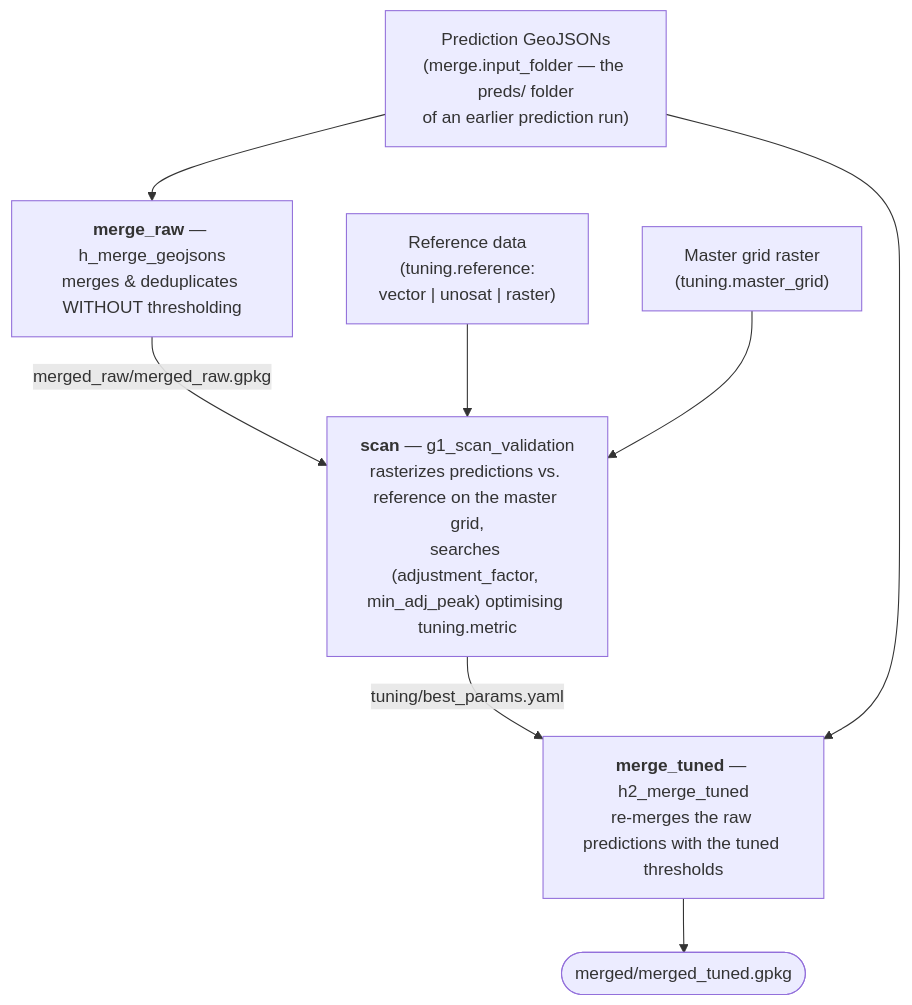
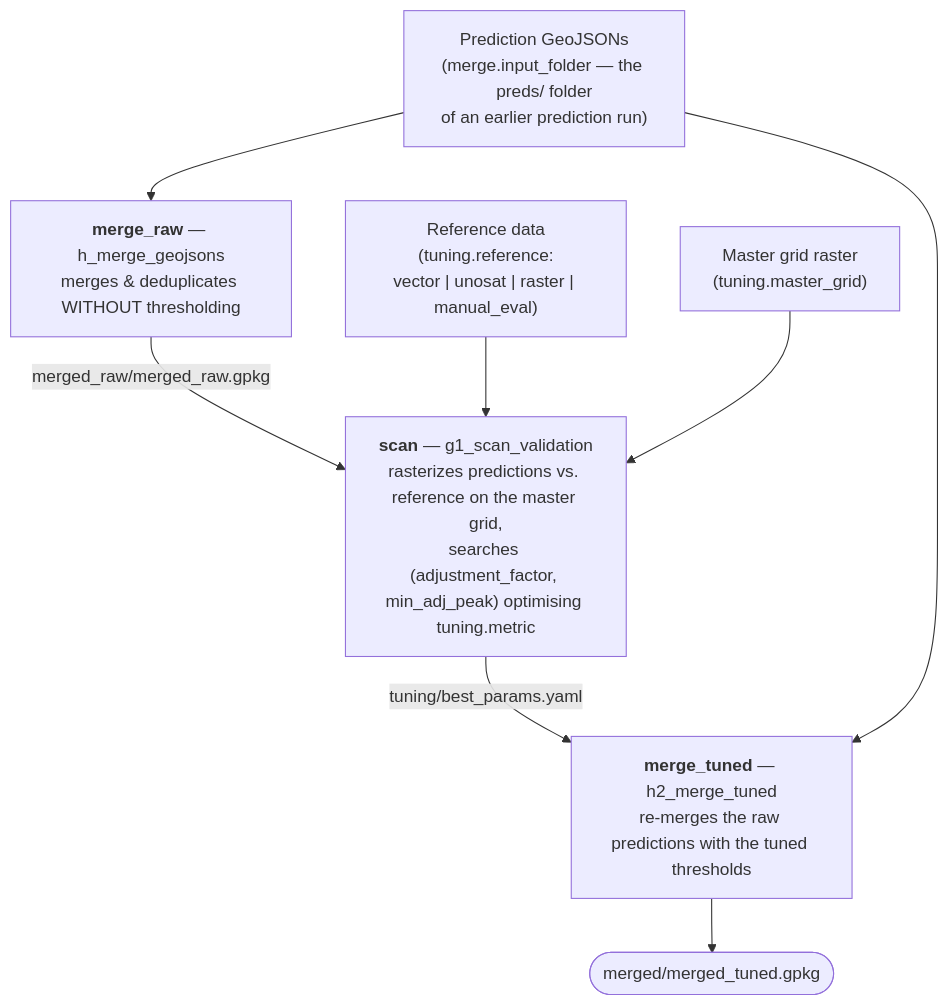
One commit to realgoodresearch/TentNetFA changed the third of 3 diagrams in README.md. Above: the diagram before and after it, drawn with Mermaid. The commit also changed other lines of this file and 10 other files, not shown here.

First line of the commit message:
Make the `manual_eval` reference type usable (#55)

````diff
--- a/README.md
+++ b/README.md
@@ -133,18 +133,18 @@
 ```mermaid
 flowchart TB
     preds["Prediction GeoJSONs<br/>(merge.input_folder — the preds/ folder<br/>of an earlier prediction run)"]
-    refdata["Reference data<br/>(tuning.reference:<br/>vector | unosat | raster)"]
+    refdata["Reference data<br/>(tuning.reference:<br/>vector | unosat | raster | manual_eval)"]
     grid["Master grid raster<br/>(tuning.master_grid)"]
     merge_raw["<b>merge_raw</b> — h_merge_geojsons<br/>merges & deduplicates WITHOUT thresholding"]
     scan["<b>scan</b> — g1_scan_validation<br/>rasterizes predictions vs. reference on the master grid,<br/>searches (adjustment_factor, min_adj_peak) optimising tuning.metric"]
     merge_tuned["<b>merge_tuned</b> — h2_merge_tuned<br/>re-merges the raw predictions with the tuned thresholds"]
     out(["merged/merged_tuned.gpkg"])
 
     preds --> merge_raw
     merge_raw -- "merged_raw/merged_raw.gpkg" --> scan
     refdata --> scan
     grid --> scan
     scan -- "tuning/best_params.yaml" --> merge_tuned
     preds --> merge_tuned
     merge_tuned --> out
 ```
````
